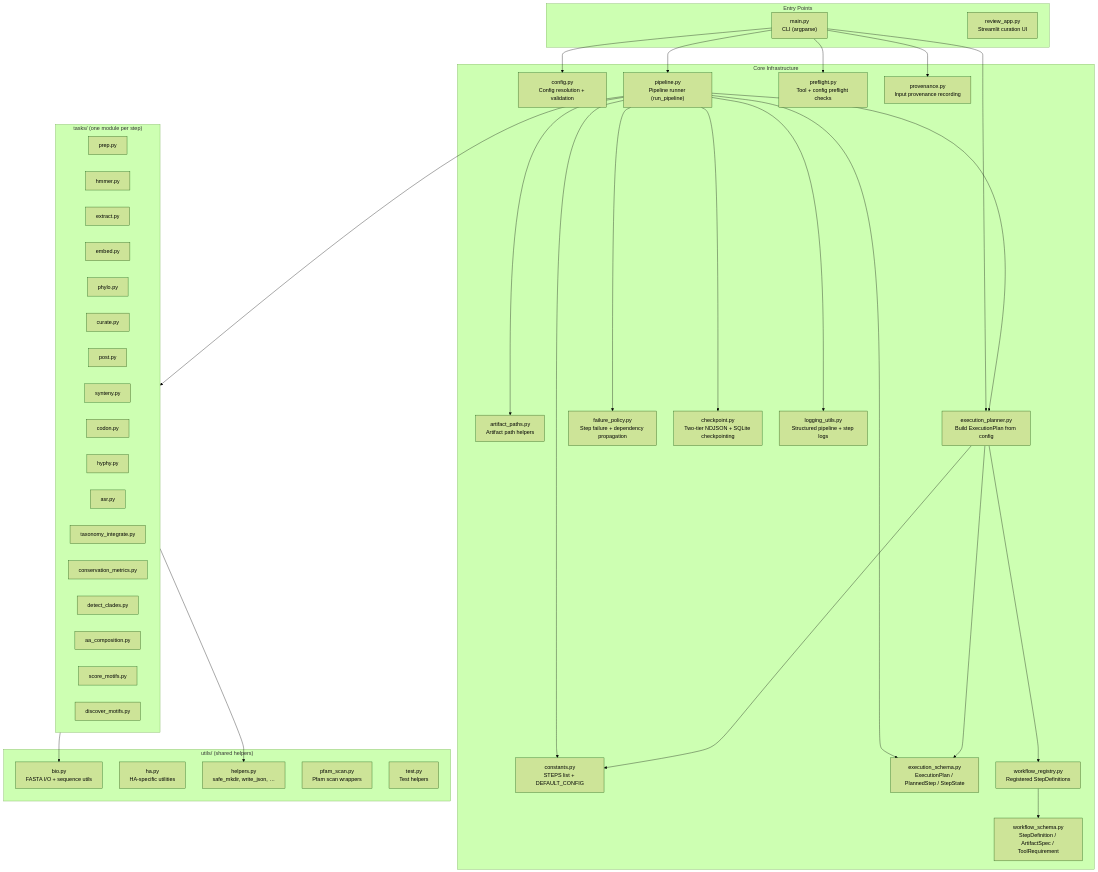
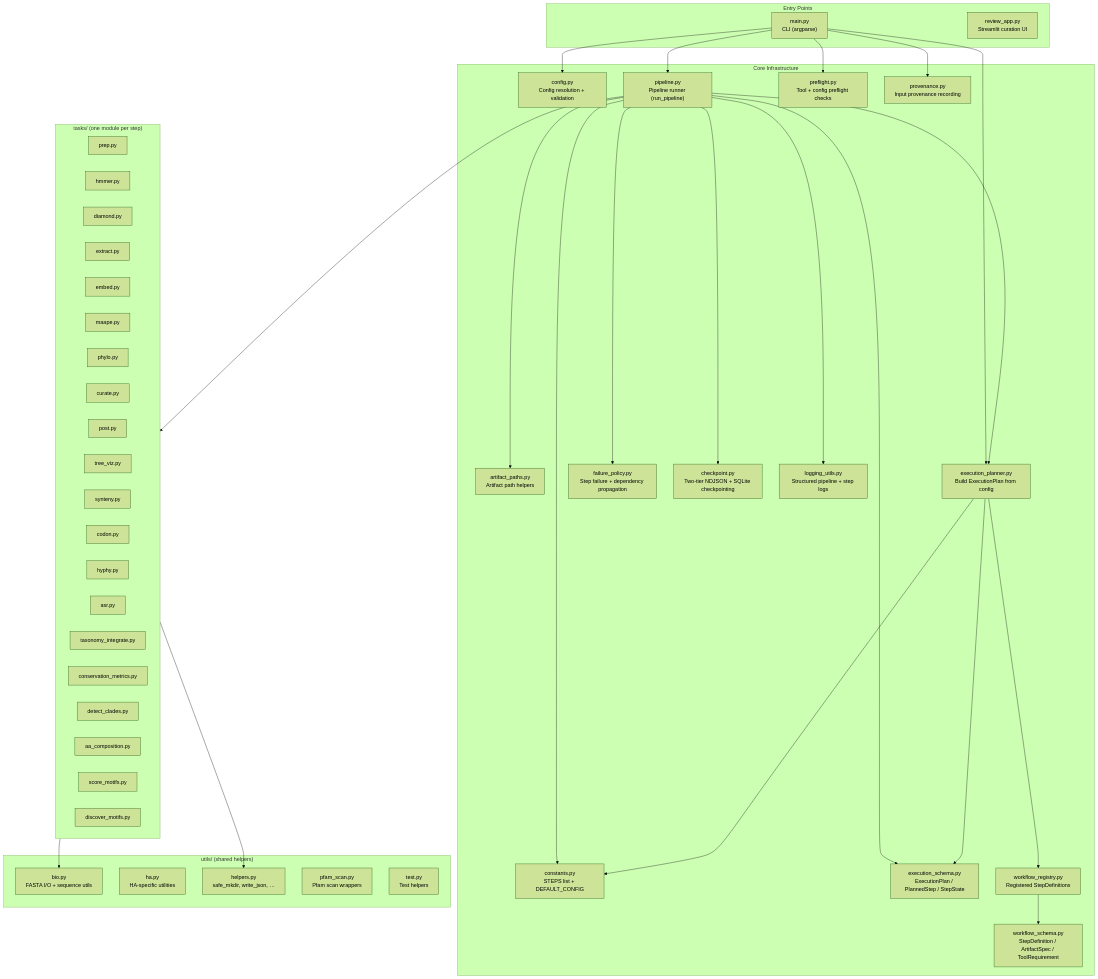
The second of 3 diagrams in GRAPH.md (zackhenny/phylofoundry), drawn with Mermaid (forest theme) before and after one commit. The commit also changed other lines of this file and 1 other file, not shown here.

First line of the commit message:
graphify: update GRAPH.md with maape, tree_viz, diamond steps and refresh manifest

````diff
--- a/GRAPH.md
+++ b/GRAPH.md
@@ -68,74 +76,77 @@
 ```mermaid
 graph TD
     subgraph entry["Entry Points"]
         main["main.py\nCLI (argparse)"]
         review_app["review_app.py\nStreamlit curation UI"]
     end
 
     subgraph core["Core Infrastructure"]
         config["config.py\nConfig resolution + validation"]
         constants["constants.py\nSTEPS list + DEFAULT_CONFIG"]
         artifact_paths["artifact_paths.py\nArtifact path helpers"]
         pipeline["pipeline.py\nPipeline runner (run_pipeline)"]
         execution_planner["execution_planner.py\nBuild ExecutionPlan from config"]
         execution_schema["execution_schema.py\nExecutionPlan / PlannedStep / StepState"]
         workflow_registry["workflow_registry.py\nRegistered StepDefinitions"]
         workflow_schema["workflow_schema.py\nStepDefinition / ArtifactSpec / ToolRequirement"]
         failure_policy["failure_policy.py\nStep failure + dependency propagation"]
         checkpoint["checkpoint.py\nTwo-tier NDJSON + SQLite checkpointing"]
         logging_utils["logging_utils.py\nStructured pipeline + step logs"]
         preflight["preflight.py\nTool + config preflight checks"]
         provenance["provenance.py\nInput provenance recording"]
     end
 
     subgraph tasks["tasks/ (one module per step)"]
         t_prep["prep.py"]
         t_hmmer["hmmer.py"]
+        t_diamond["diamond.py"]
         t_extract["extract.py"]
         t_embed["embed.py"]
+        t_maape["maape.py"]
         t_phylo["phylo.py"]
         t_curate["curate.py"]
         t_post["post.py"]
+        t_tree_viz["tree_viz.py"]
         t_synteny["synteny.py"]
         t_codon["codon.py"]
         t_hyphy["hyphy.py"]
         t_asr["asr.py"]
         t_tax["taxonomy_integrate.py"]
         t_cons["conservation_metrics.py"]
         t_clades["detect_clades.py"]
         t_aacomp["aa_composition.py"]
         t_score["score_motifs.py"]
         t_discover["discover_motifs.py"]
     end
 
     subgraph utils["utils/ (shared helpers)"]
         u_bio["bio.py\nFASTA I/O + sequence utils"]
         u_ha["ha.py\nHA-specific utilities"]
         u_helpers["helpers.py\nsafe_mkdir, write_json, …"]
         u_pfam["pfam_scan.py\nPfam scan wrappers"]
         u_test["test.py\nTest helpers"]
     end
 
     main --> config
     main --> pipeline
     main --> execution_planner
     main --> preflight
     main --> provenance
 
     pipeline --> artifact_paths
     pipeline --> constants
     pipeline --> execution_planner
     pipeline --> execution_schema
     pipeline --> failure_policy
     pipeline --> checkpoint
     pipeline --> logging_utils
     pipeline --> tasks
 
     execution_planner --> workflow_registry
     execution_planner --> execution_schema
     execution_planner --> constants
     workflow_registry --> workflow_schema
 
     tasks --> u_bio
     tasks --> u_helpers
 ```
````
